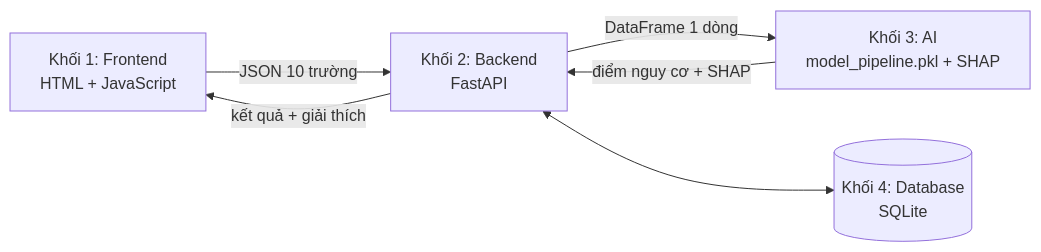
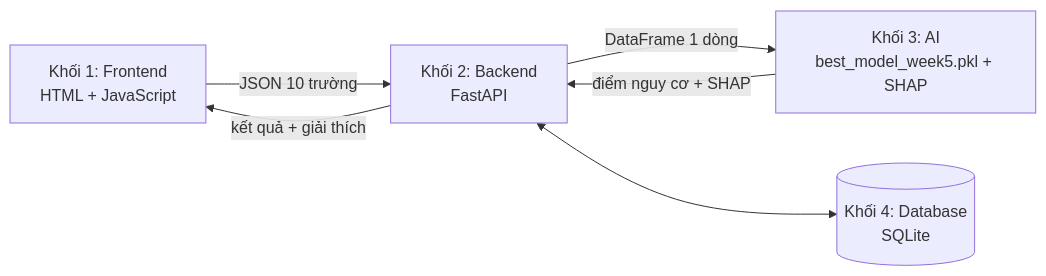
Before and after one commit to hhai0410/ThucTapCoSoNganh: the diagram in README.md, drawn with Mermaid. The commit also changed other lines of this file and 2 other files, not shown here.

````diff
--- a/README.md
+++ b/README.md
@@ -101,8 +101,8 @@
 ```mermaid
 flowchart LR
     FE["Khối 1: Frontend<br/>HTML + JavaScript"] -- "JSON 10 trường" --> BE["Khối 2: Backend<br/>FastAPI"]
-    BE -- "DataFrame 1 dòng" --> AI["Khối 3: AI<br/>model_pipeline.pkl + SHAP"]
+    BE -- "DataFrame 1 dòng" --> AI["Khối 3: AI<br/>best_model_week5.pkl + SHAP"]
     AI -- "điểm nguy cơ + SHAP" --> BE
     BE <--> DB[("Khối 4: Database<br/>SQLite")]
     BE -- "kết quả + giải thích" --> FE
 ```
````
